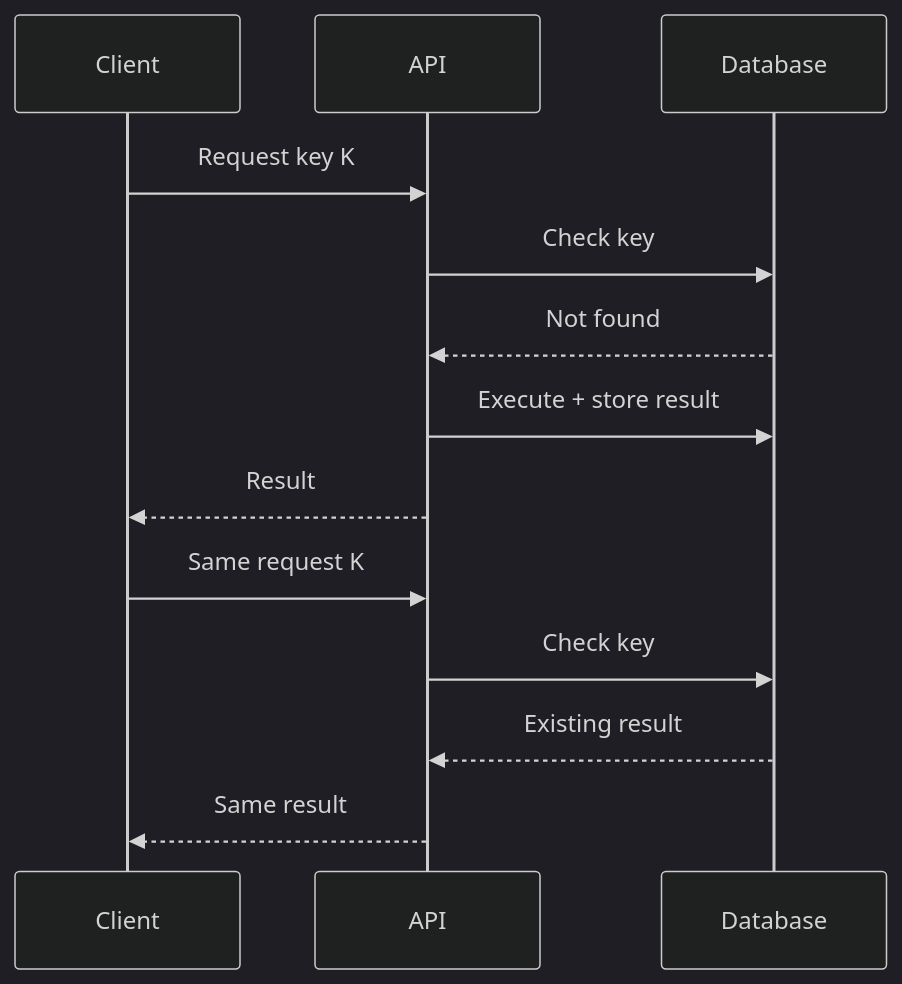
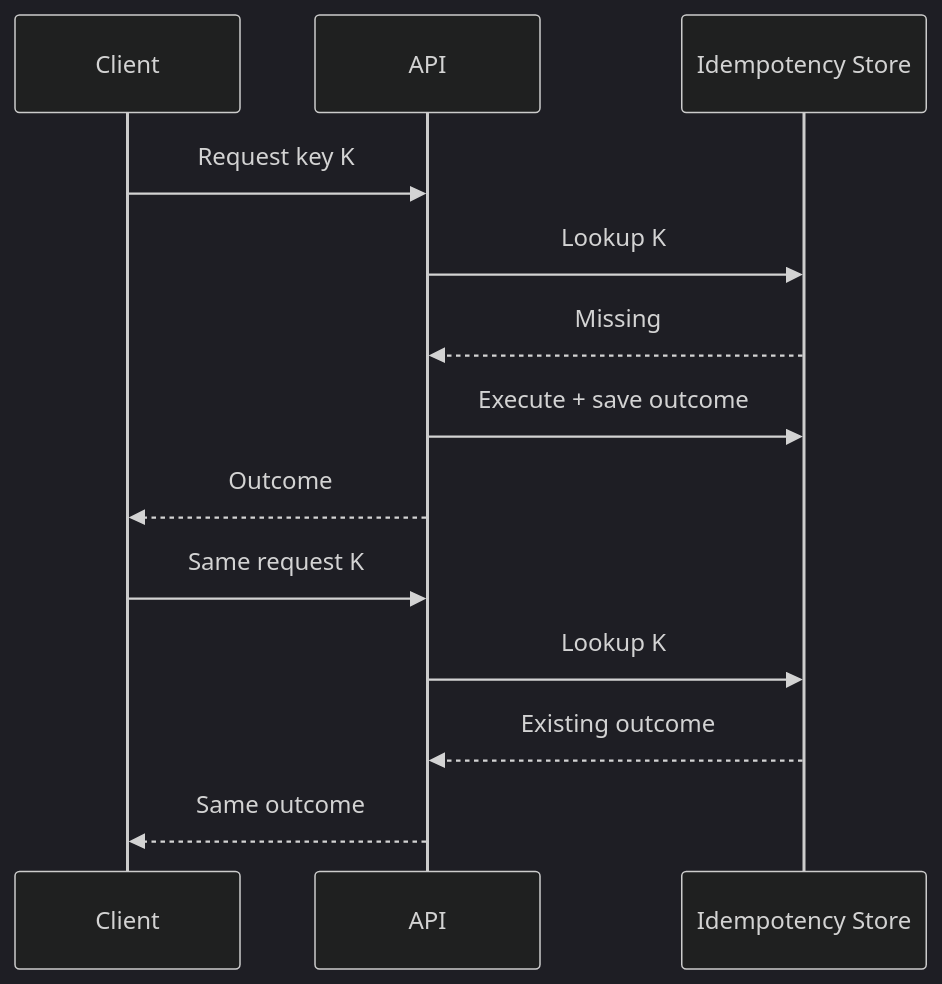
One commit to D-engahmed/OMILINKS changed the second of 2 diagrams in docs/engineering/testing-policy.md. Above: the diagram before and after it, drawn with Mermaid (dark theme). The commit also changed other lines of this file and 4 other files, not shown here.

```diff
--- a/docs/engineering/testing-policy.md
+++ b/docs/engineering/testing-policy.md
@@ -102,15 +103,15 @@
 ~~~mermaid
 sequenceDiagram
 participant C as Client
-participant API
-participant DB as Database
+participant API as API
+participant DB as Idempotency Store
 C->>API: Request key K
-API->>DB: Check key
-DB-->>API: Not found
-API->>DB: Execute + store result
-API-->>C: Result
+API->>DB: Lookup K
+DB-->>API: Missing
+API->>DB: Execute + save outcome
+API-->>C: Outcome
 C->>API: Same request K
-API->>DB: Check key
-DB-->>API: Existing result
-API-->>C: Same result
+API->>DB: Lookup K
+DB-->>API: Existing outcome
+API-->>C: Same outcome
 ~~~
```
